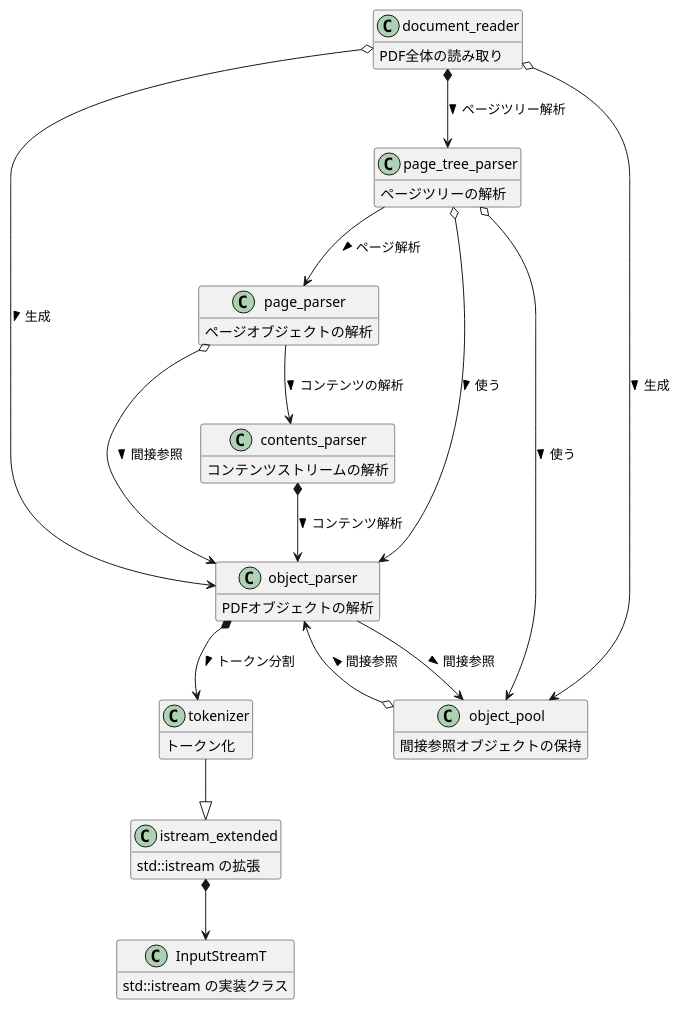
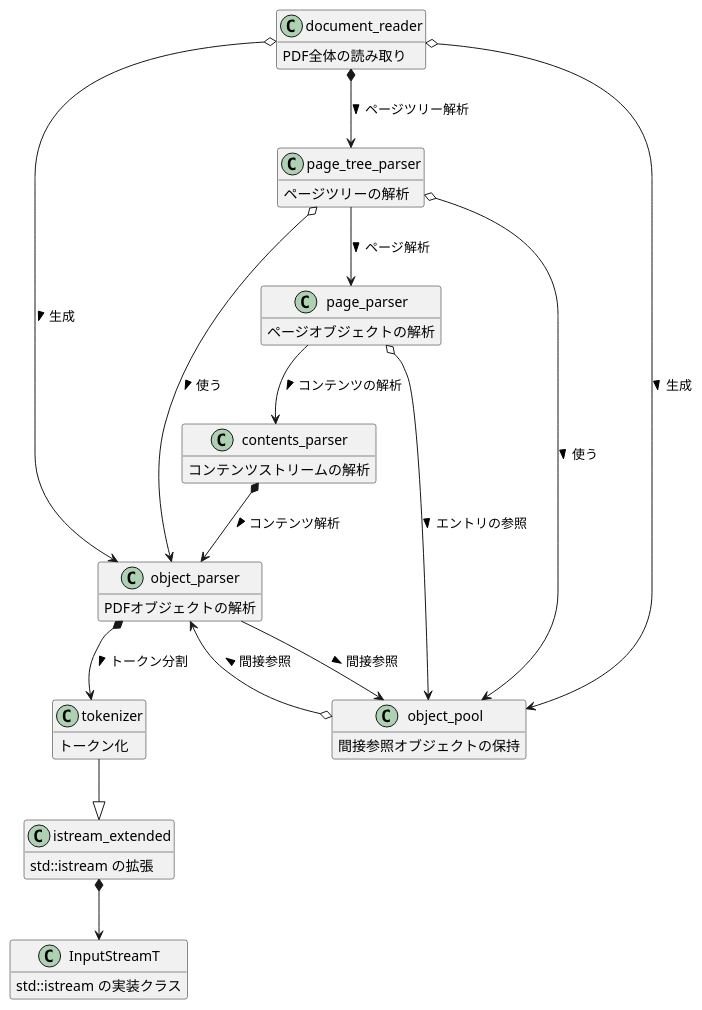
The diagram in document/overall.class.pu (KodaiYM/PDFReader), drawn with PlantUML before and after one commit. The commit also changed 3 other files, not shown here.

```diff
--- a/document/overall.class.pu
+++ b/document/overall.class.pu
@@ -1,50 +1,50 @@
 @startuml overall
 hide empty members
 class document_reader {
 	PDF全体の読み取り
 }
 document_reader o--> object_parser : > 生成
 document_reader o--> object_pool : > 生成
 document_reader *--> page_tree_parser : > ページツリー解析
 
 class object_parser {
 	PDFオブジェクトの解析
 }
 class object_pool {
 	間接参照オブジェクトの保持
 }
 class page_tree_parser {
 	ページツリーの解析
 }
 object_parser *--> tokenizer : > トークン分割
 object_parser --> object_pool : > 間接参照
 object_pool o--> object_parser : > 間接参照
 page_tree_parser o--> object_parser : > 使う
 page_tree_parser o--> object_pool : > 使う
 page_tree_parser --> page_parser : > ページ解析
 
 class tokenizer {
 	トークン化
 }
 tokenizer --|> istream_extended
 
 class istream_extended {
 	std::istream の拡張
 }
 istream_extended *--> InputStreamT
 
 class InputStreamT {
 	std::istream の実装クラス
 }
 
 class page_parser {
 	ページオブジェクトの解析
 }
-page_parser o--> object_parser : > 間接参照
+page_parser o--> object_pool : > エントリの参照
 page_parser --> contents_parser : > コンテンツの解析
 
 class contents_parser {
 	コンテンツストリームの解析
 }
 contents_parser *--> object_parser : > コンテンツ解析
 @enduml
```
